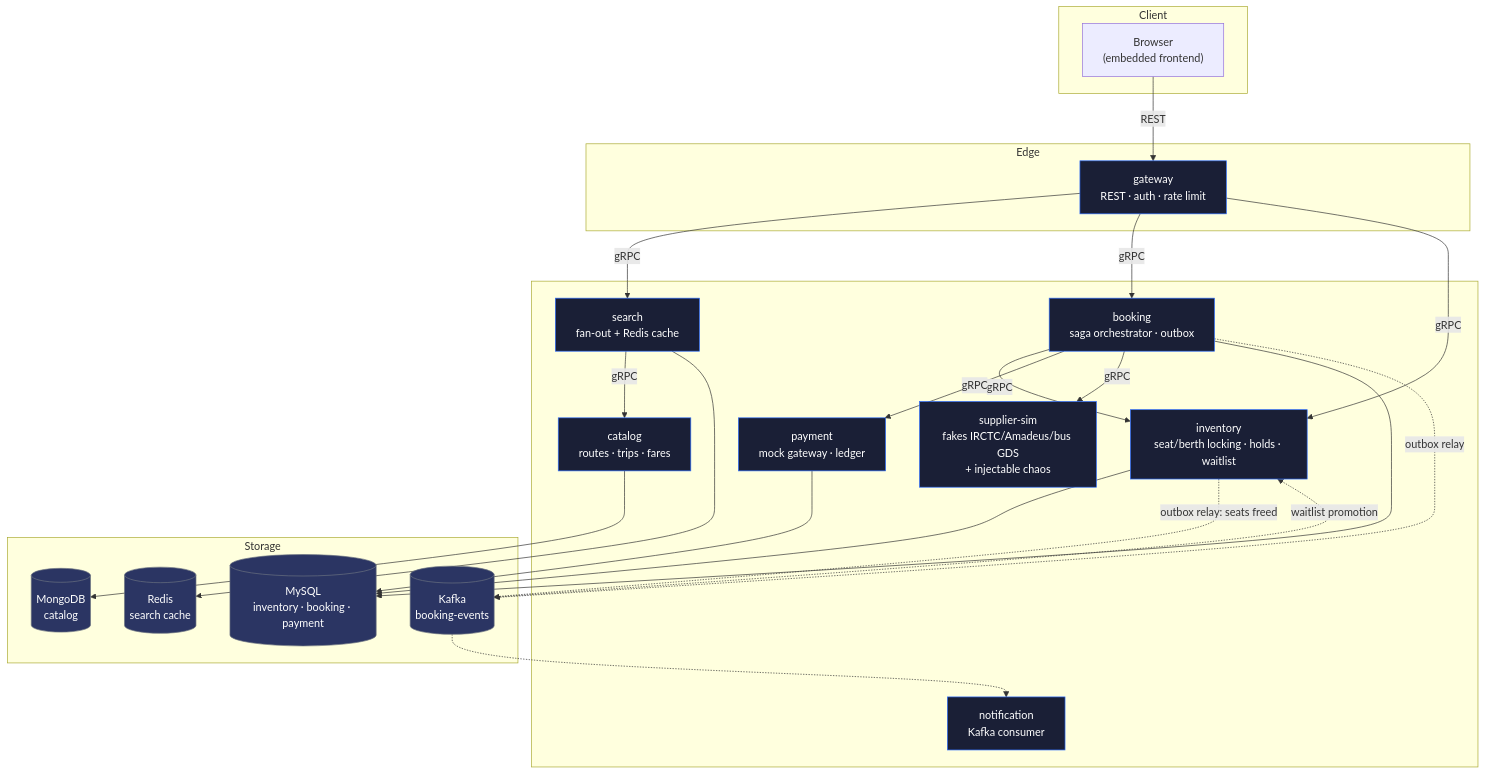
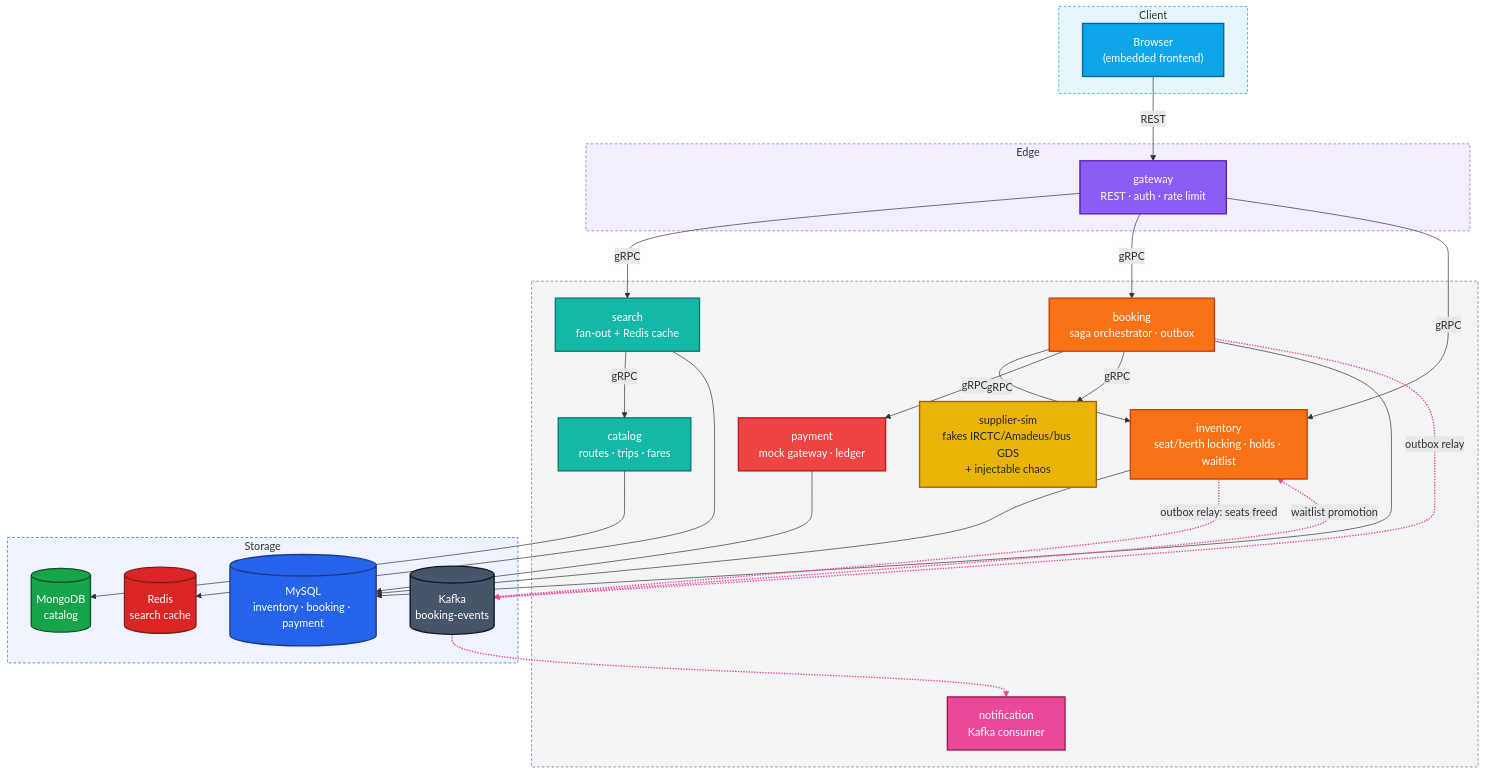
The diagram in README.md (Muditjain13/RoadRunnerProject), drawn with Mermaid before and after one commit. The commit also changed 1 other file, not shown here.

Commit message:
Diagram: add per-layer colors

````diff
--- a/README.md
+++ b/README.md
@@ -40,53 +40,79 @@
 ```mermaid
 flowchart TB
     subgraph client["Client"]
         browser["Browser<br/>(embedded frontend)"]
     end
 
     subgraph edge["Edge"]
         gateway["gateway<br/>REST · auth · rate limit"]
     end
 
     subgraph core[" "]
         search["search<br/>fan-out + Redis cache"]
         catalog["catalog<br/>routes · trips · fares"]
         inventory["inventory<br/>seat/berth locking · holds · waitlist"]
         booking["booking<br/>saga orchestrator · outbox"]
         payment["payment<br/>mock gateway · ledger"]
         suppliersim["supplier-sim<br/>fakes IRCTC/Amadeus/bus GDS<br/>+ injectable chaos"]
         notification["notification<br/>Kafka consumer"]
     end
 
     subgraph stores["Storage"]
         mongo[("MongoDB<br/>catalog")]
         mysql[("MySQL<br/>inventory · booking · payment")]
         redis[("Redis<br/>search cache")]
         kafka[("Kafka<br/>booking-events")]
     end
 
     browser -->|REST| gateway
     gateway -->|gRPC| search
     gateway -->|gRPC| booking
     gateway -->|gRPC| inventory
 
     search -->|gRPC| catalog
     search --> redis
     catalog --> mongo
 
     booking -->|gRPC| inventory
     booking -->|gRPC| payment
     booking -->|gRPC| suppliersim
     booking --> mysql
     inventory --> mysql
     payment --> mysql
 
     booking -.->|outbox relay| kafka
     inventory -.->|outbox relay: seats freed| kafka
     kafka -.-> notification
     kafka -.->|waitlist promotion| inventory
 
-    classDef svc fill:#1a1f36,color:#fff,stroke:#2b6bff
-    classDef store fill:#2b3563,color:#fff,stroke:#6b7280
-    class gateway,search,catalog,inventory,booking,payment,suppliersim,notification svc
-    class mongo,mysql,redis,kafka store
+    classDef client fill:#0ea5e9,color:#fff,stroke:#0369a1,stroke-width:2px
+    classDef edge fill:#8b5cf6,color:#fff,stroke:#5b21b6,stroke-width:2px
+    classDef read fill:#14b8a6,color:#fff,stroke:#0f766e,stroke-width:2px
+    classDef write fill:#f97316,color:#fff,stroke:#c2410c,stroke-width:2px
+    classDef money fill:#ef4444,color:#fff,stroke:#b91c1c,stroke-width:2px
+    classDef ext fill:#eab308,color:#1f2937,stroke:#a16207,stroke-width:2px
+    classDef async fill:#ec4899,color:#fff,stroke:#9d174d,stroke-width:2px
+    classDef sql fill:#2563eb,color:#fff,stroke:#1e3a8a,stroke-width:2px
+    classDef doc fill:#16a34a,color:#fff,stroke:#14532d,stroke-width:2px
+    classDef cache fill:#dc2626,color:#fff,stroke:#7f1d1d,stroke-width:2px
+    classDef bus fill:#475569,color:#fff,stroke:#0f172a,stroke-width:2px
+
+    class browser client
+    class gateway edge
+    class search,catalog read
+    class inventory,booking write
+    class payment money
+    class suppliersim ext
+    class notification async
+    class mysql sql
+    class mongo doc
+    class redis cache
+    class kafka bus
+
+    style client fill:#0ea5e91a,stroke:#0ea5e9,stroke-dasharray:4 3
+    style edge fill:#8b5cf61a,stroke:#8b5cf6,stroke-dasharray:4 3
+    style core fill:#64748b14,stroke:#64748b,stroke-dasharray:4 3
+    style stores fill:#2563eb14,stroke:#2563eb,stroke-dasharray:4 3
+
+    linkStyle 13,14,15,16 stroke:#ec4899,stroke-width:2px
 ```
````
